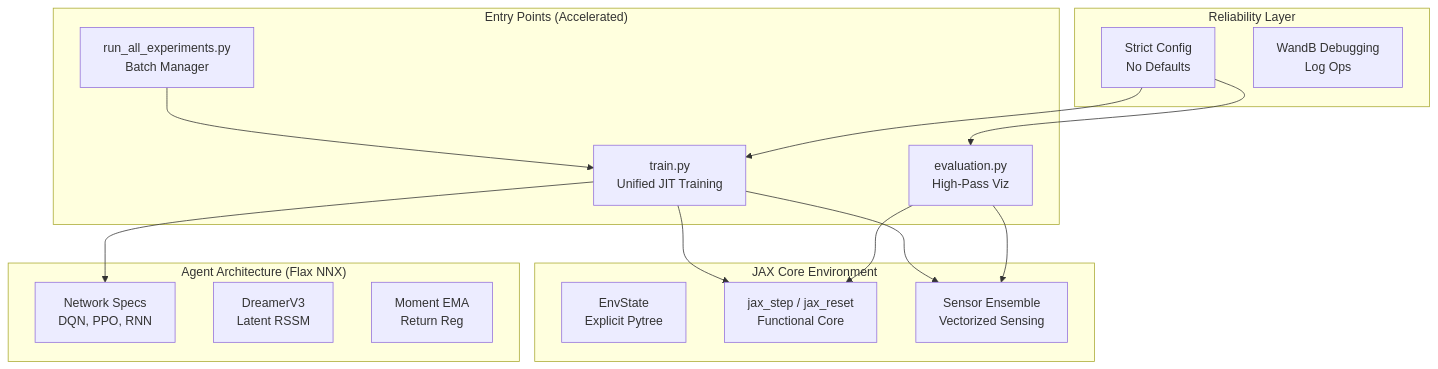
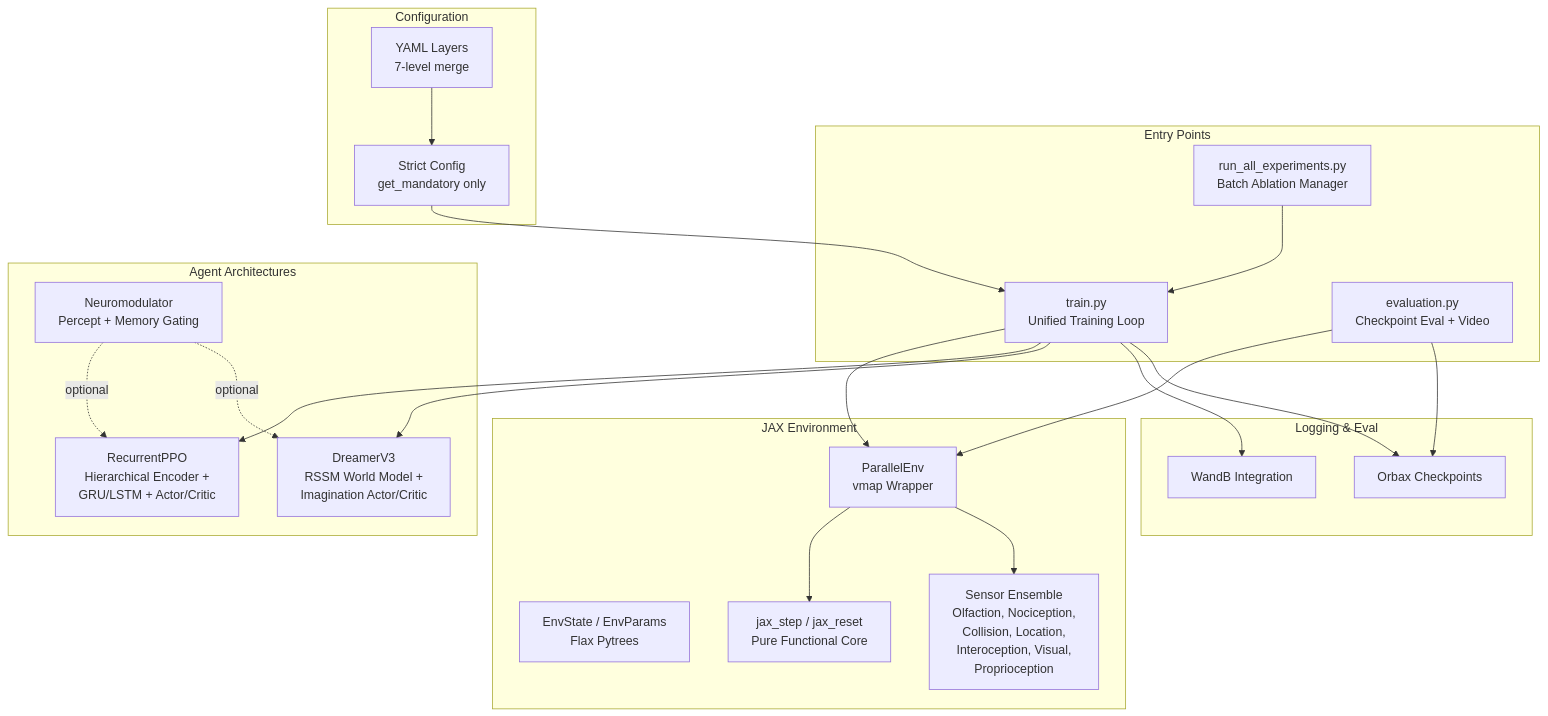
The diagram in docs/PROJECT_SUMMARY.md (Sungwoo-Lee/grid_world_pain), drawn with Mermaid before and after one commit. The commit also changed other lines of this file and 5 other files, not shown here.

Commit message:
feat: Refactor training scripts to support unified GPU/CPU replay buffer and implement batched JIT training for improved performance. Update training configuration for DreamerV3 and adjust environment parameters.

````diff
--- a/docs/PROJECT_SUMMARY.md
+++ b/docs/PROJECT_SUMMARY.md
@@ -22,30 +46,39 @@
 ```mermaid
 graph TB
-    subgraph "Entry Points (Accelerated)"
-        A[train.py<br/>Unified JIT Training]
-        B[evaluation.py<br/>High-Pass Viz]
-        C[run_all_experiments.py<br/>Batch Manager]
+    subgraph "Entry Points"
+        A[train.py<br/>Unified Training Loop]
+        B[evaluation.py<br/>Checkpoint Eval + Video]
+        C[run_all_experiments.py<br/>Batch Ablation Manager]
     end
-    
-    subgraph "JAX Core Environment"
-        F[EnvState<br/>Explicit Pytree]
-        G[jax_step / jax_reset<br/>Functional Core]
-        H[Sensor Ensemble<br/>Vectorized Sensing]
+
+    subgraph "Configuration"
+        S[Strict Config<br/>get_mandatory only]
+        Y[YAML Layers<br/>7-level merge]
     end
-    
-    subgraph "Agent Architecture (Flax NNX)"
-        I[Network Specs<br/>DQN, PPO, RNN]
-        J[DreamerV3<br/>Latent RSSM]
-        K[Moment EMA<br/>Return Reg]
+
+    subgraph "JAX Environment"
+        F[EnvState / EnvParams<br/>Flax Pytrees]
+        G[jax_step / jax_reset<br/>Pure Functional Core]
+        H[Sensor Ensemble<br/>Olfaction, Nociception,<br/>Collision, Location,<br/>Interoception, Visual,<br/>Proprioception]
+        W[ParallelEnv<br/>vmap Wrapper]
     end
-    
-    subgraph "Reliability Layer"
-        S[Strict Config<br/>No Defaults]
-        R[WandB Debugging<br/>Log Ops]
+
+    subgraph "Agent Architectures"
+        I[RecurrentPPO<br/>Hierarchical Encoder +<br/>GRU/LSTM + Actor/Critic]
+        J[DreamerV3<br/>RSSM World Model +<br/>Imagination Actor/Critic]
+        N[Neuromodulator<br/>Percept + Memory Gating]
     end
-    
-    A --> G & H & I
+
+    subgraph "Logging & Eval"
+        R[WandB Integration]
+        O[Orbax Checkpoints]
+    end
+
+    Y --> S --> A
+    A --> W --> G & H
+    A --> I & J
+    N -.->|optional| I & J
     C --> A
-    B --> G & H
-    S --> A & B
+    B --> W & O
+    A --> R & O
 ```
````
